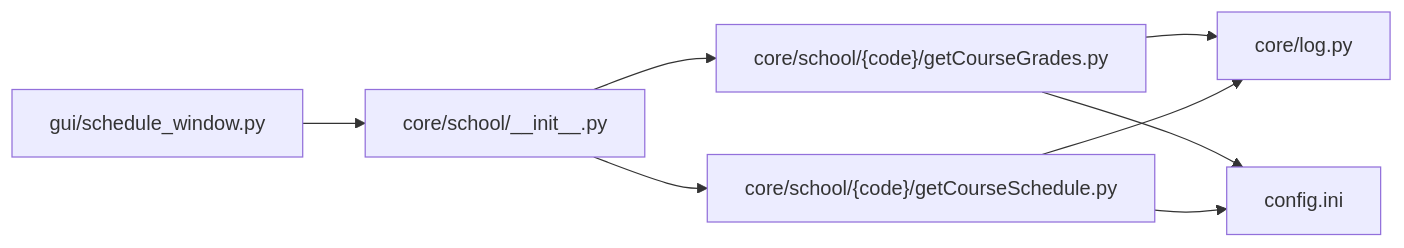
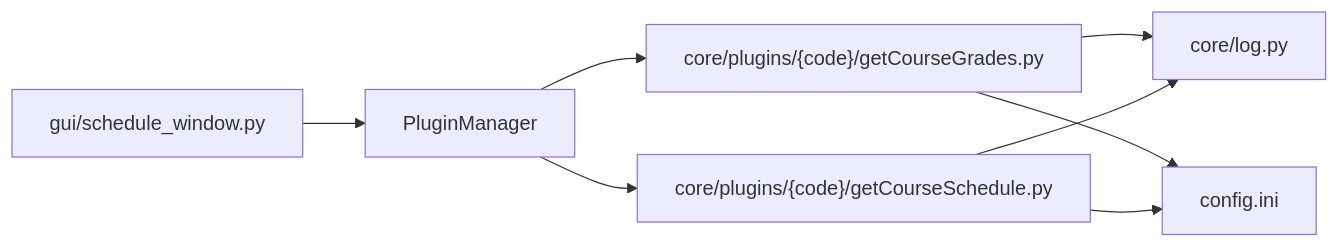
Before and after one commit to pjnt9372/Capture_Push: the third of 3 diagrams in .wiki/zh/content/API 参考文档/院校模块 API/院校模块 API.md, drawn with Mermaid. The commit also changed other lines of this file and 37 other files, not shown here.

````diff
--- a/.wiki/zh/content/API 参考文档/院校模块 API/院校模块 API.md
+++ b/.wiki/zh/content/API 参考文档/院校模块 API/院校模块 API.md
@@ -240,10 +142,10 @@
 ```mermaid
 graph LR
-GUI["gui/schedule_window.py"] --> SchoolAPI["core/school/__init__.py"]
-SchoolAPI --> ImplG["core/school/{code}/getCourseGrades.py"]
-SchoolAPI --> ImplS["core/school/{code}/getCourseSchedule.py"]
+GUI["gui/schedule_window.py"] --> PM["PluginManager"]
+PM --> ImplG["core/plugins/{code}/getCourseGrades.py"]
+PM --> ImplS["core/plugins/{code}/getCourseSchedule.py"]
 ImplG --> Log["core/log.py"]
 ImplS --> Log
 ImplG --> Cfg["config.ini"]
 ImplS --> Cfg
 ```
````
